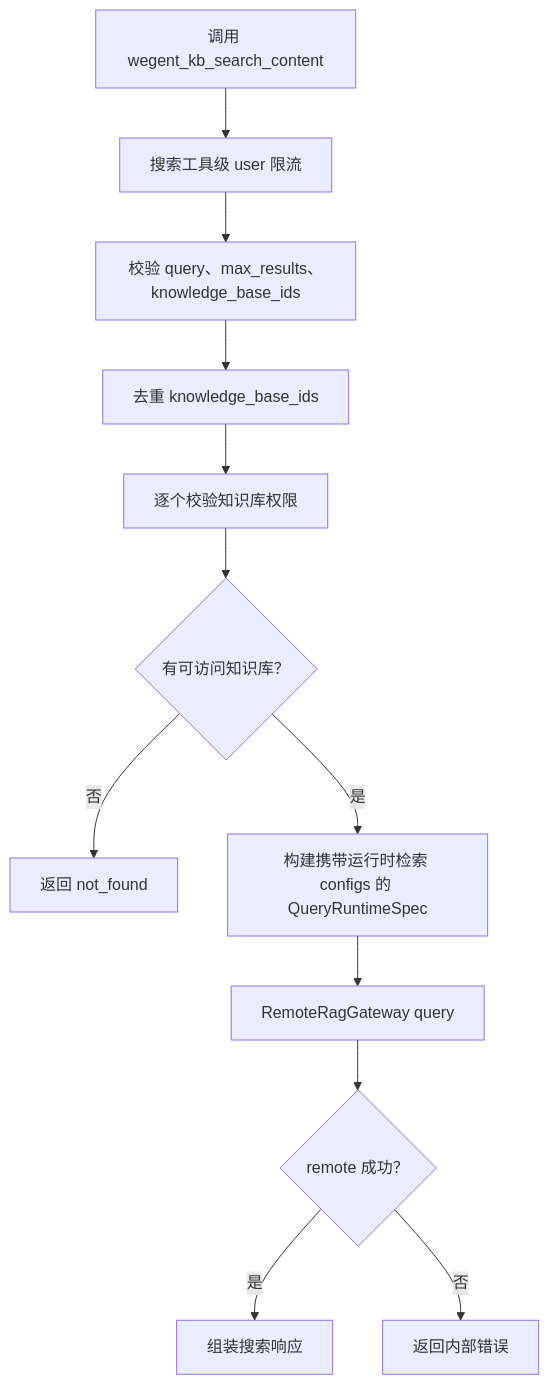
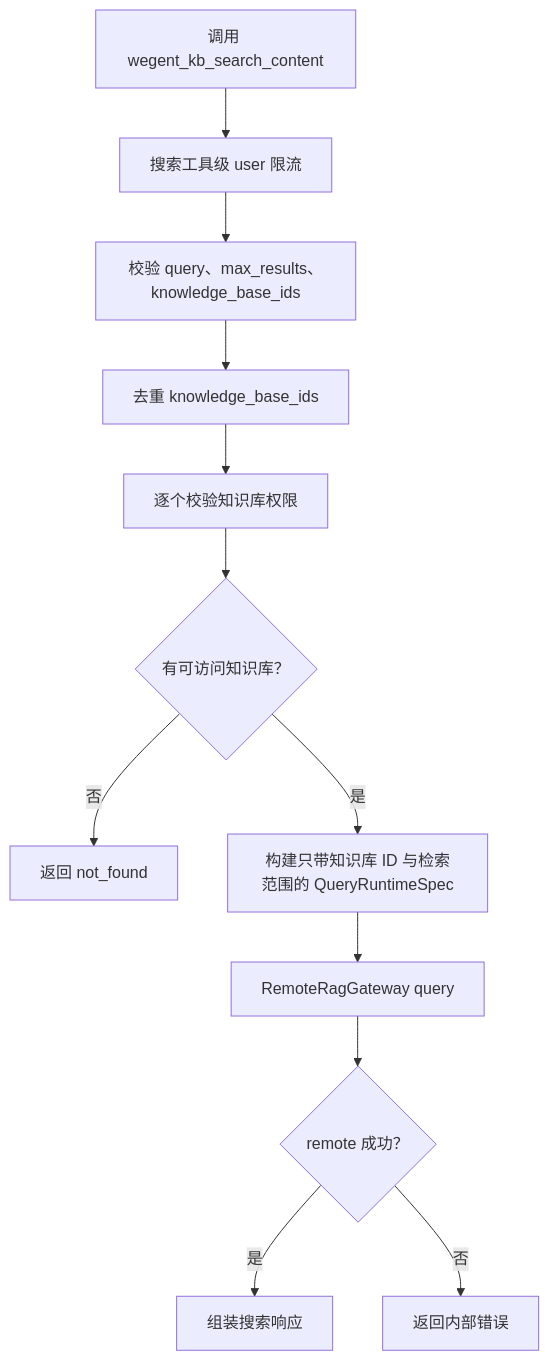
One commit to wecode-ai/Wegent changed the third of 3 diagrams in docs/zh/wegent/developer-guide/external-knowledge-mcp.md. Above: the diagram before and after it, drawn with Mermaid. The commit also changed other lines of this file and 21 other files, not shown here.

````diff
--- a/docs/zh/wegent/developer-guide/external-knowledge-mcp.md
+++ b/docs/zh/wegent/developer-guide/external-knowledge-mcp.md
@@ -267,14 +268,14 @@
 ```mermaid
 flowchart TD
     start[调用 wegent_kb_search_content] --> rate[搜索工具级 user 限流]
     rate --> validate[校验 query、max_results、knowledge_base_ids]
     validate --> dedupe[去重 knowledge_base_ids]
     dedupe --> access[逐个校验知识库权限]
     access --> found{有可访问知识库？}
     found -->|否| not_found[返回 not_found]
-    found -->|是| spec[构建携带运行时检索 configs 的 QueryRuntimeSpec]
+    found -->|是| spec[构建只带知识库 ID 与检索范围的 QueryRuntimeSpec]
     spec --> remote_query[RemoteRagGateway query]
     remote_query --> ok{remote 成功？}
     ok -->|是| response[组装搜索响应]
     ok -->|否| error[返回内部错误]
 ```
````
